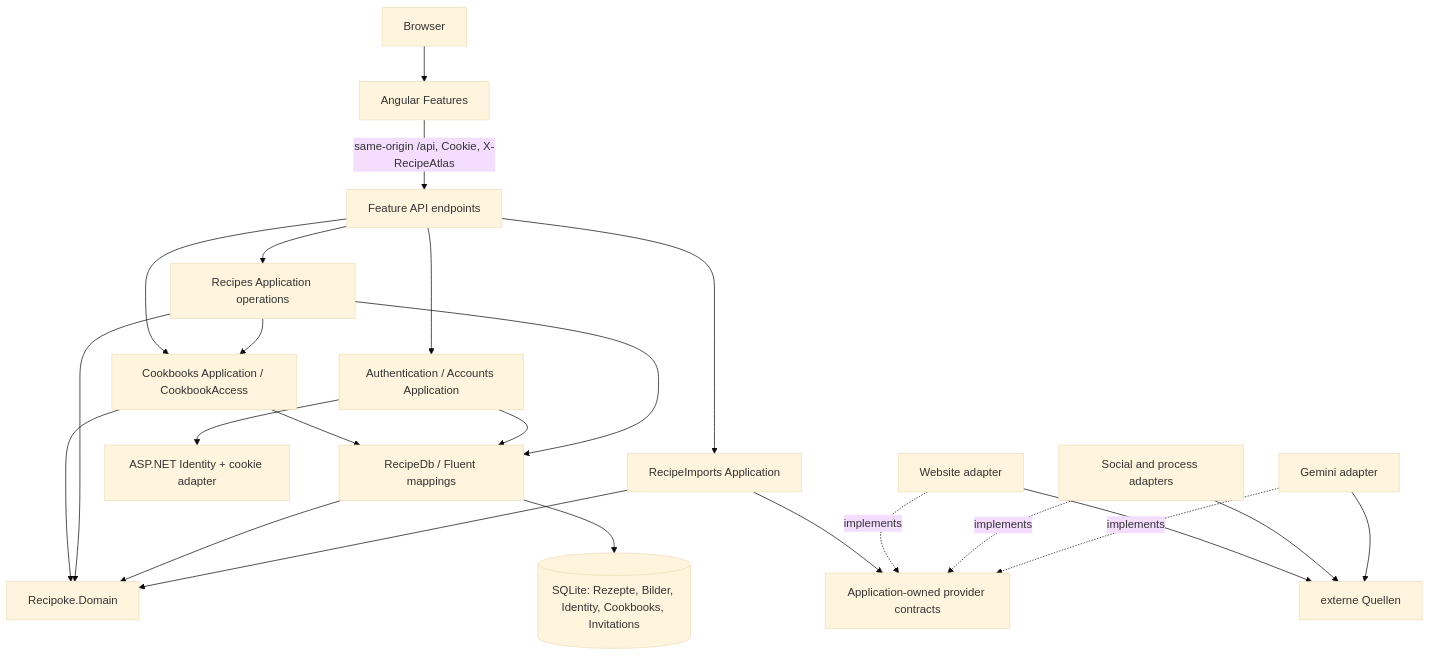
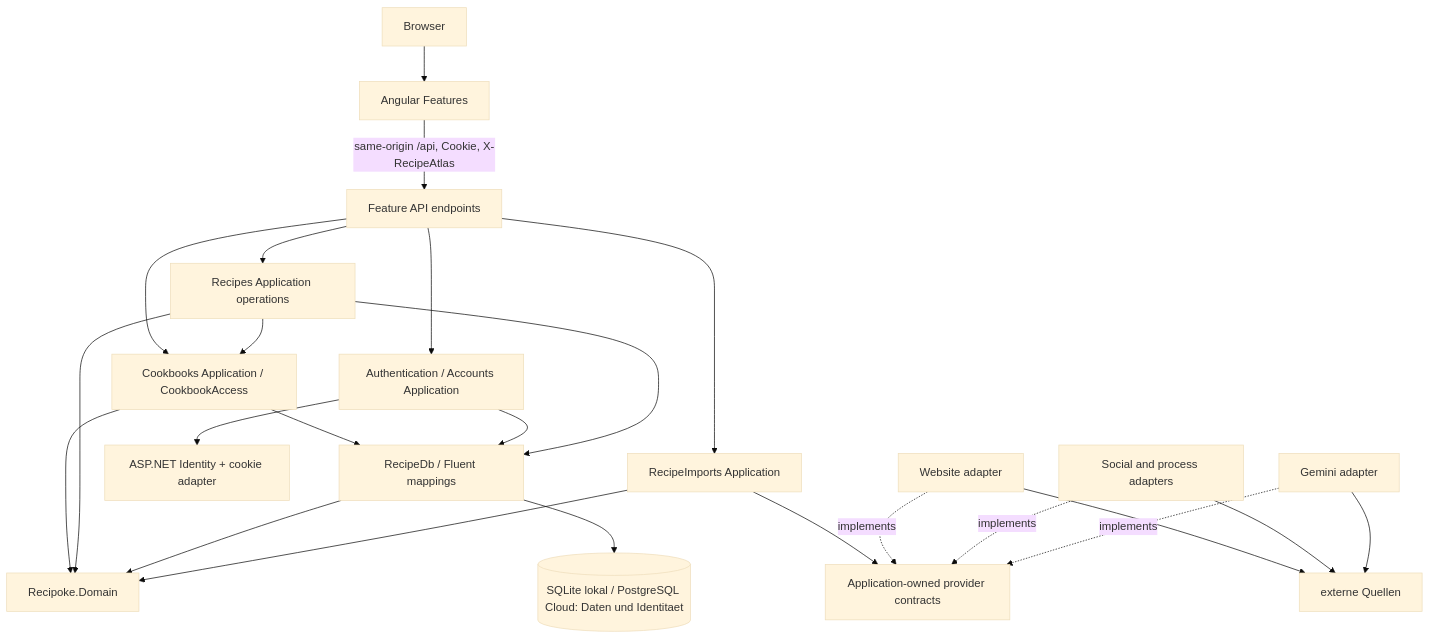
Before and after one commit to Snegge/RecipeAtlas: the first of 2 diagrams in docs/architecture/README.md, drawn with Mermaid (base theme). The commit also changed other lines of this file and 19 other files, not shown here.

````diff
--- a/docs/architecture/README.md
+++ b/docs/architecture/README.md
@@ -84,26 +89,26 @@
 ```mermaid
 flowchart TD
   Browser[Browser] --> Angular[Angular Features]
   Angular -->|same-origin /api, Cookie, X-RecipeAtlas| HTTP[Feature API endpoints]
   HTTP --> Recipes[Recipes Application operations]
   HTTP --> Imports[RecipeImports Application]
   HTTP --> Auth[Authentication / Accounts Application]
   HTTP --> Books[Cookbooks Application / CookbookAccess]
   Recipes --> Books
   Books --> Domain
   Books --> EF
   Auth --> EF
   Auth --> Identity[ASP.NET Identity + cookie adapter]
   Recipes --> Domain[Recipoke.Domain]
   Recipes --> EF[RecipeDb / Fluent mappings]
   EF --> Domain
-  EF --> SQLite[(SQLite: Rezepte, Bilder, Identity, Cookbooks, Invitations)]
+  EF --> Database[(SQLite lokal / PostgreSQL Cloud: Daten und Identitaet)]
   Imports --> Domain
   Imports --> Ports[Application-owned provider contracts]
   Website[Website adapter] -. implements .-> Ports
   Social[Social and process adapters] -. implements .-> Ports
   Gemini[Gemini adapter] -. implements .-> Ports
   Website --> Internet[externe Quellen]
   Social --> Internet
   Gemini --> Internet
 ```
````
